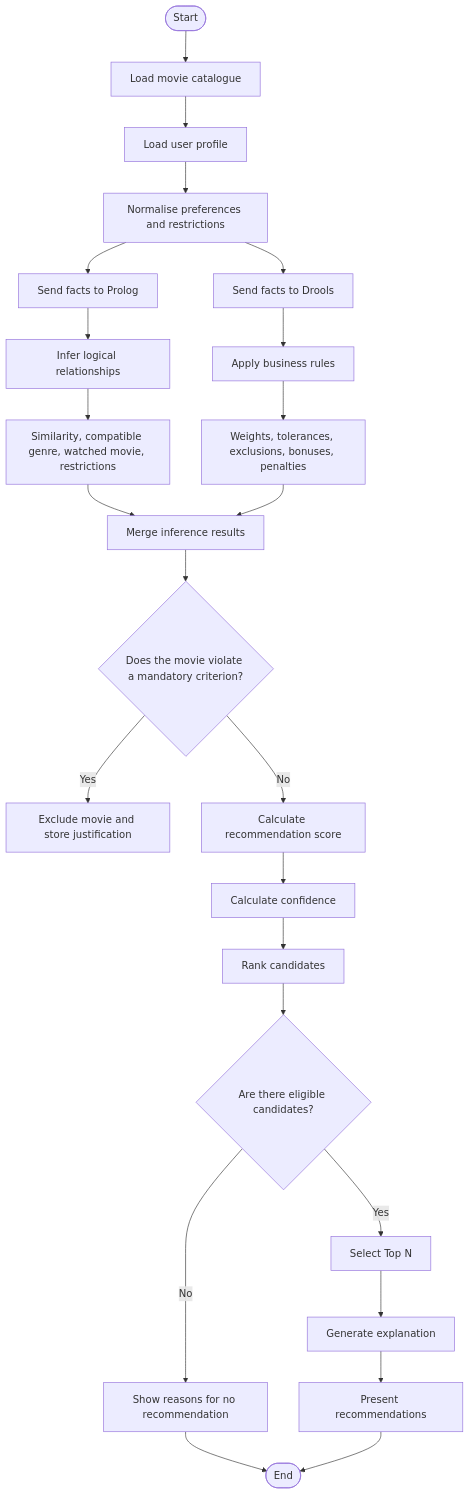
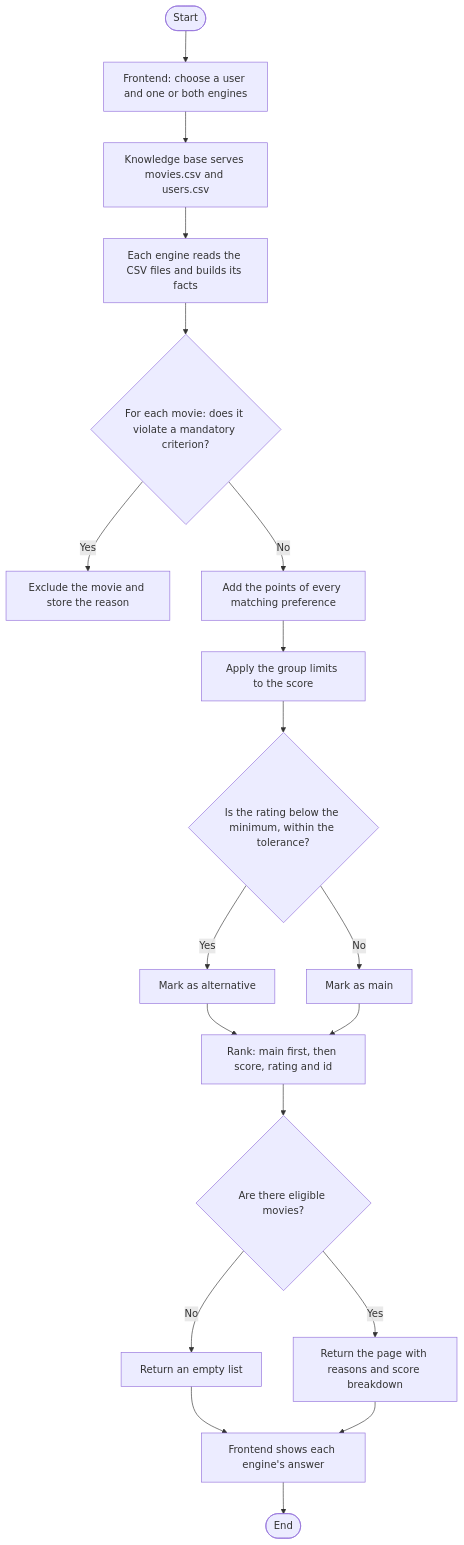
Before and after one commit to MEIA-Playgorithm/challenge-one: the diagram in docs/movie-recommendation-flowchart.md, drawn with Mermaid. The commit also changed other lines of this file and 2 other files, not shown here.

Commit message:
📝 docs: update the recommendation flowchart and the Prolog rule ranges
Describe the engines as independent, each reading the knowledge base, in
the recommendation flowchart. Fix the rule range of rules_users.pl, which
goes up to rule 69.

````diff
--- a/docs/movie-recommendation-flowchart.md
+++ b/docs/movie-recommendation-flowchart.md
@@ -52,33 +58,25 @@
 ```mermaid
 flowchart TD
-    A([Start]) --> B[Load movie catalogue]
-    B --> C[Load user profile]
-    C --> D[Normalise preferences and restrictions]
+    A([Start]) --> B[Frontend: choose a user and one or both engines]
+    B --> C[Knowledge base serves movies.csv and users.csv]
+    C --> D[Each engine reads the CSV files and builds its facts]
 
-    D --> E[Send facts to Prolog]
-    D --> F[Send facts to Drools]
+    D --> E{For each movie: does it violate a mandatory criterion?}
+    E -- Yes --> F[Exclude the movie and store the reason]
+    E -- No --> G[Add the points of every matching preference]
 
-    E --> G[Infer logical relationships]
-    G --> G1[Similarity, compatible genre, watched movie, restrictions]
+    G --> H[Apply the group limits to the score]
+    H --> I{Is the rating below the minimum, within the tolerance?}
+    I -- Yes --> J[Mark as alternative]
+    I -- No --> K[Mark as main]
 
-    F --> H[Apply business rules]
-    H --> H1[Weights, tolerances, exclusions, bonuses, penalties]
+    J --> L[Rank: main first, then score, rating and id]
+    K --> L
+    L --> M{Are there eligible movies?}
 
-    G1 --> I[Merge inference results]
-    H1 --> I
-
-    I --> J{Does the movie violate a mandatory criterion?}
-    J -- Yes --> K[Exclude movie and store justification]
-    J -- No --> L[Calculate recommendation score]
-
-    L --> M[Calculate confidence]
-    M --> N[Rank candidates]
-    N --> O{Are there eligible candidates?}
-
-    O -- No --> P[Show reasons for no recommendation]
-    O -- Yes --> Q[Select Top N]
-    Q --> R[Generate explanation]
-    R --> S[Present recommendations]
-    P --> T([End])
-    S --> T
+    M -- No --> N[Return an empty list]
+    M -- Yes --> O[Return the page with reasons and score breakdown]
+    N --> P[Frontend shows each engine's answer]
+    O --> P
+    P --> Q([End])
 ```
````
